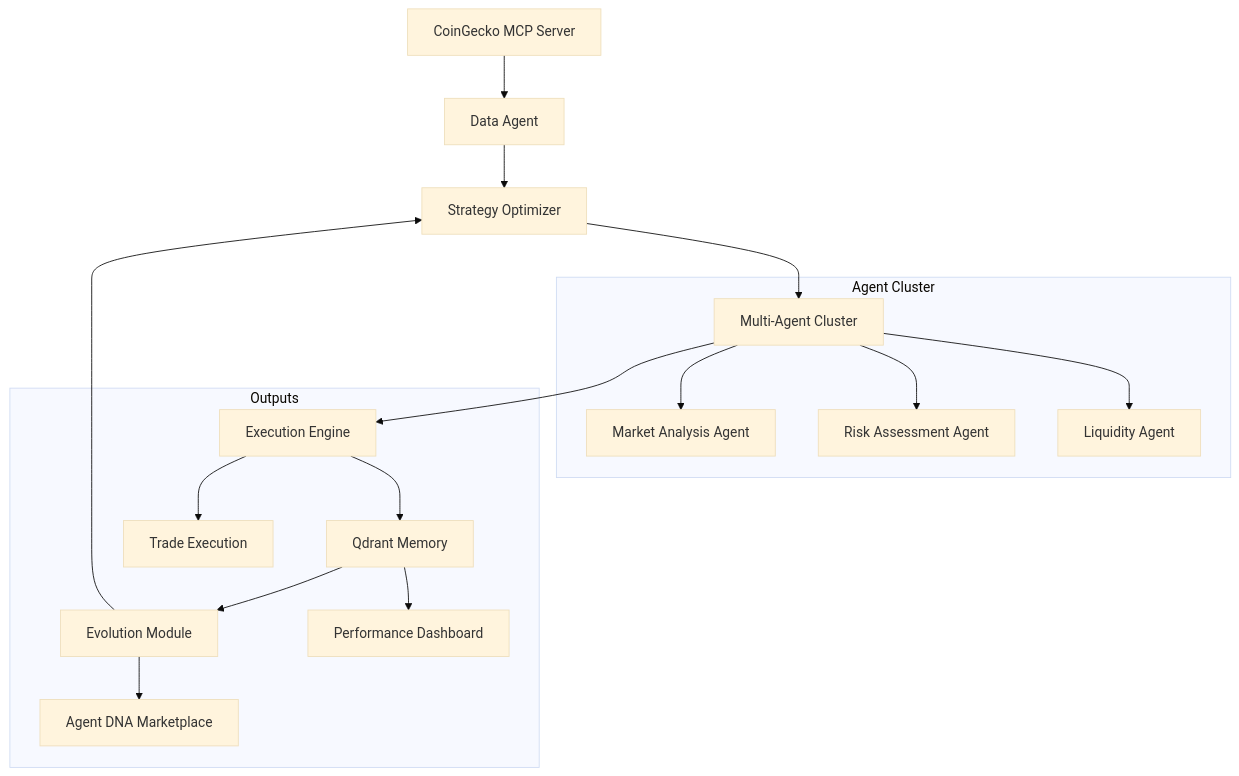
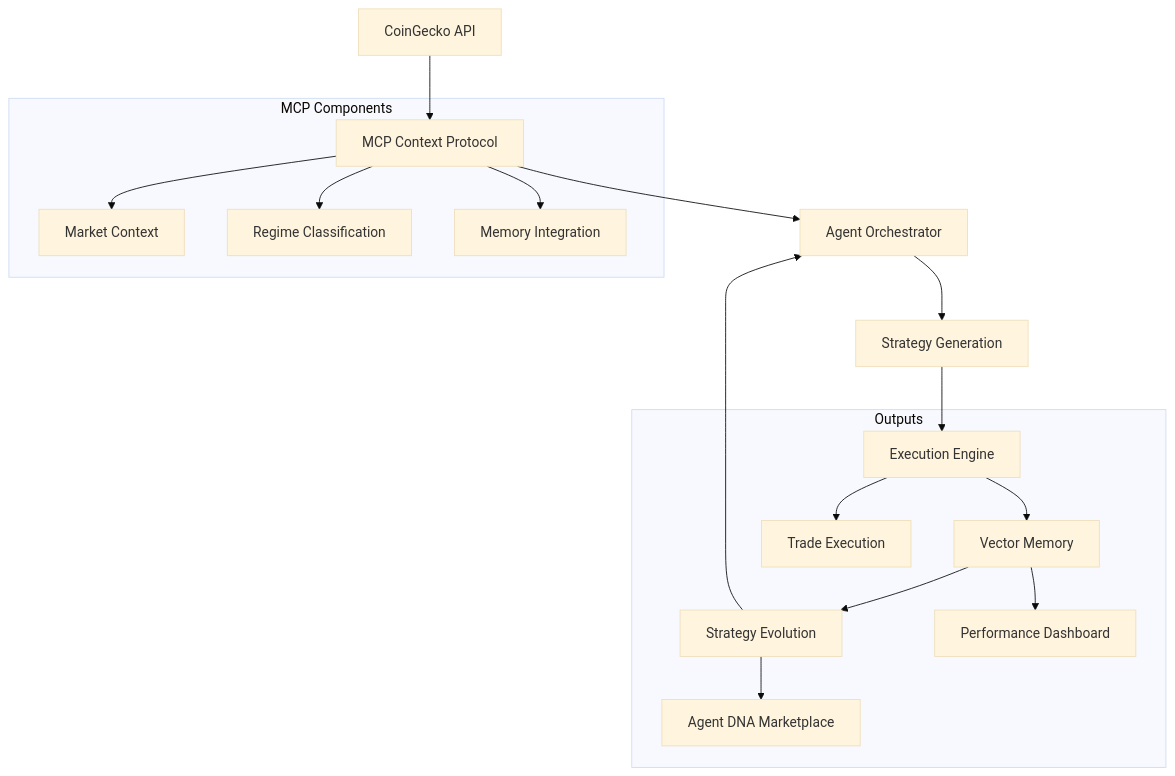
One commit to austinLorenzMccoy/superior-agents changed the diagram in AutoTradeX/README.md. Above: the diagram before and after it, drawn with Mermaid (base theme). The commit also changed other lines of this file, not shown here.

````diff
--- a/AutoTradeX/README.md
+++ b/AutoTradeX/README.md
@@ -32,22 +41,22 @@
 ```mermaid
 graph TD
-    A[CoinGecko MCP Server] --> B[Data Agent]
-    B --> C[Strategy Optimizer]
-    C --> D[Multi-Agent Cluster]
+    A[CoinGecko API] --> B[MCP Context Protocol]
+    B --> C[Agent Orchestrator]
+    C --> D[Strategy Generation]
     D --> E[Execution Engine]
-    E --> F[Qdrant Memory]
-    F --> G[Evolution Module]
+    E --> F[Vector Memory]
+    F --> G[Strategy Evolution]
     G --> C
     
-    subgraph Agent Cluster
-        D --> H[Market Analysis Agent]
-        D --> I[Risk Assessment Agent]
-        D --> J[Liquidity Agent]
+    subgraph MCP Components
+        B --> H[Market Context]
+        B --> I[Regime Classification]
+        B --> J[Memory Integration]
     end
     
     subgraph Outputs
         E --> K[Trade Execution]
         F --> L[Performance Dashboard]
         G --> M[Agent DNA Marketplace]
     end
 ```
````
